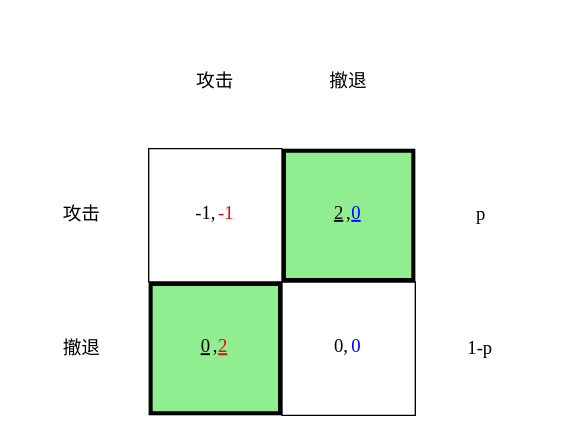
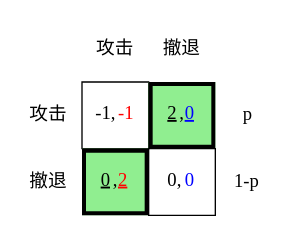
Before and after one commit to Binjian/org: the eighth of 15 diagrams in mode/drl_101.org, drawn with Graphviz. The commit also changed other lines of this file and 1 other file, not shown here.

```diff
--- a/mode/drl_101.org
+++ b/mode/drl_101.org
@@ -333,25 +330,25 @@
 #+begin_src dot :file img/_generated/mixed.png
 digraph G {
     node1 [shape=none, margin=0, fontname="LXGW WenKai Mono", label=<
-        <TABLE BORDER="0" CELLBORDER="0" CELLSPACING="0" CELLPADDING="0" WIDTH="400" HEIGHT="300">
+        <TABLE BORDER="0" CELLBORDER="0" CELLSPACING="0" CELLPADDING="0" WIDTH="200" HEIGHT="150">
             <TR>
-                <TD WIDTH="100" HEIGHT="100" BGCOLOR="None"></TD>
-                <TD WIDTH="100" HEIGHT="100" BGCOLOR="None">攻击</TD>
-                <TD WIDTH="100" HEIGHT="100" BGCOLOR="None">撤退</TD>
+                <TD WIDTH="50" HEIGHT="50" BGCOLOR="None"></TD>
+                <TD WIDTH="50" HEIGHT="50" BGCOLOR="None">攻击</TD>
+                <TD WIDTH="50" HEIGHT="50" BGCOLOR="None">撤退</TD>
             </TR>
             <TR>
-                <TD WIDTH="100" HEIGHT="100" BGCOLOR="None">攻击</TD>
-                <TD WIDTH="100" HEIGHT="100" BORDER="1">-1,<FONT COLOR="red">-1</FONT></TD>
-                <TD WIDTH="100" HEIGHT="100" BGCOLOR="lightgreen" BORDER="3"><u>2</u>,<u><FONT COLOR="blue">0</FONT></u></TD>
-                <TD WIDTH="100" HEIGHT="100">p</TD>
+                <TD WIDTH="50" HEIGHT="50" BGCOLOR="None">攻击</TD>
+                <TD WIDTH="50" HEIGHT="50" BORDER="1">-1,<FONT COLOR="red">-1</FONT></TD>
+                <TD WIDTH="50" HEIGHT="50" BGCOLOR="lightgreen" BORDER="3"><u>2</u>,<u><FONT COLOR="blue">0</FONT></u></TD>
+                <TD WIDTH="50" HEIGHT="50">p</TD>
             </TR>
             <TR>
-                <TD WIDTH="100" HEIGHT="100" BGCOLOR="None">撤退</TD>
-                <TD WIDTH="100" HEIGHT="100" BGCOLOR="lightgreen" BORDER="3"><u>0</u>,<u><FONT COLOR="red">2</FONT></u></TD>
-                <TD WIDTH="100" HEIGHT="100" BORDER="1">0,<FONT COLOR="blue">0</FONT></TD>
-                <TD WIDTH="100" HEIGHT="100">1-p</TD>
+                <TD WIDTH="50" HEIGHT="50" BGCOLOR="None">撤退</TD>
+                <TD WIDTH="50" HEIGHT="50" BGCOLOR="lightgreen" BORDER="3"><u>0</u>,<u><FONT COLOR="red">2</FONT></u></TD>
+                <TD WIDTH="50" HEIGHT="50" BORDER="1">0,<FONT COLOR="blue">0</FONT></TD>
+                <TD WIDTH="50" HEIGHT="50">1-p</TD>
             </TR>
         </TABLE>
     >];
 }
 #+end_src
```
